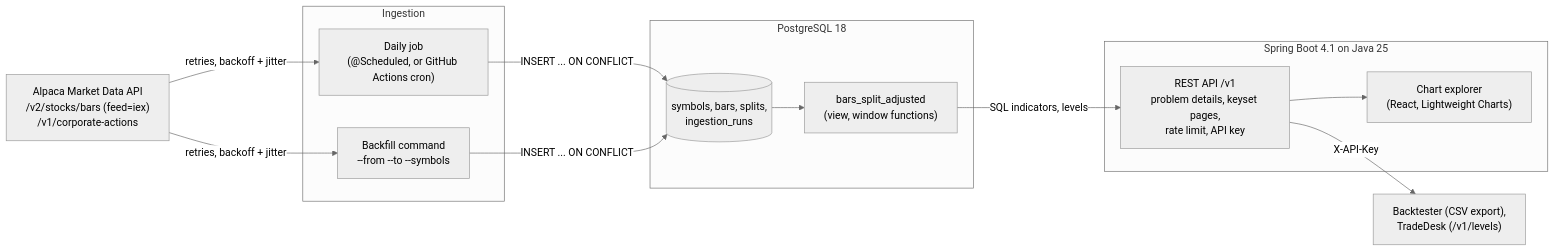
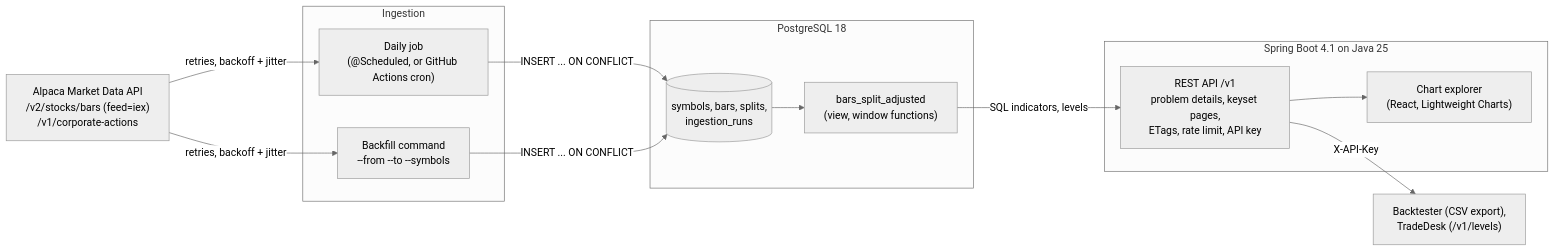
The diagram in README.md (lokaz-c/market-data), drawn with Mermaid (neutral theme) before and after one commit. The commit also changed other lines of this file, not shown here.

````diff
--- a/README.md
+++ b/README.md
@@ -24,22 +24,22 @@
 ```mermaid
 flowchart LR
     alpaca["Alpaca Market Data API<br/>/v2/stocks/bars (feed=iex)<br/>/v1/corporate-actions"]
     subgraph ingest["Ingestion"]
         job["Daily job<br/>(@Scheduled, or GitHub Actions cron)"]
         backfill["Backfill command<br/>--from --to --symbols"]
     end
     subgraph pg["PostgreSQL 18"]
         tables[("symbols, bars, splits,<br/>ingestion_runs")]
         view["bars_split_adjusted<br/>(view, window functions)"]
     end
     subgraph app["Spring Boot 4.1 on Java 25"]
-        api["REST API /v1<br/>problem details, keyset pages,<br/>rate limit, API key"]
+        api["REST API /v1<br/>problem details, keyset pages,<br/>ETags, rate limit, API key"]
         ui["Chart explorer<br/>(React, Lightweight Charts)"]
     end
     alpaca -- "retries, backoff + jitter" --> job & backfill
     job & backfill -- "INSERT ... ON CONFLICT" --> tables
     tables --> view
     view -- "SQL indicators, levels" --> api
     api --> ui
     api -- "X-API-Key" --> clients["Backtester (CSV export),<br/>TradeDesk (/v1/levels)"]
 ```
````
